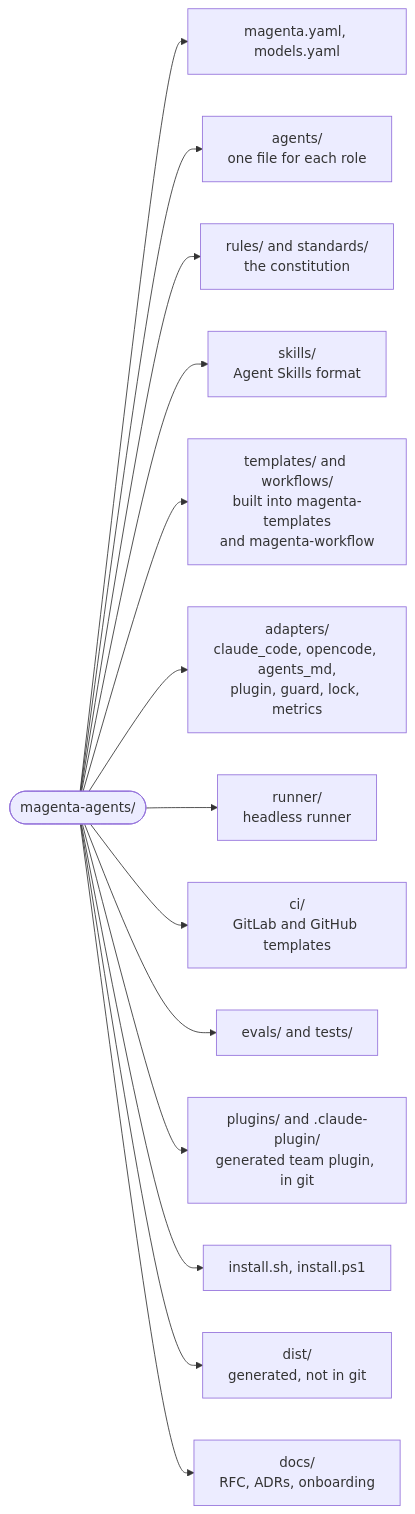
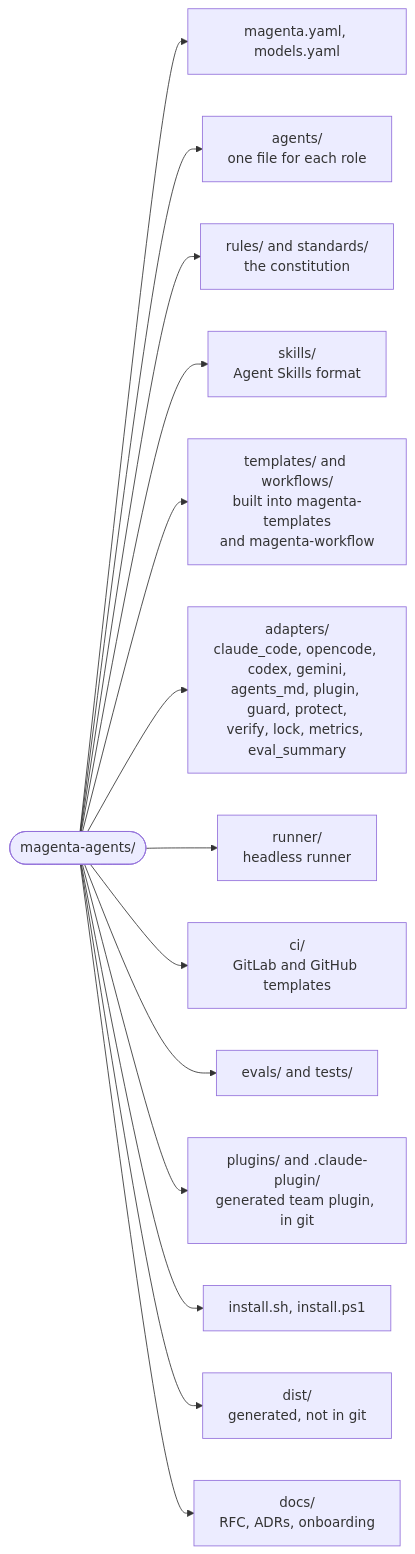
One commit to devlnull/magenta-agents changed the diagram in README.md. Above: the diagram before and after it, drawn with Mermaid. The commit also changed other lines of this file and 68 other files, not shown here.

````diff
--- a/README.md
+++ b/README.md
@@ -186,16 +227,16 @@
 ```mermaid
 flowchart LR
   ROOT(["magenta-agents/"]) --> CFG["magenta.yaml, models.yaml"]
   ROOT --> AG["agents/<br/>one file for each role"]
   ROOT --> RU["rules/ and standards/<br/>the constitution"]
   ROOT --> SK["skills/<br/>Agent Skills format"]
   ROOT --> TP["templates/ and workflows/<br/>built into magenta-templates<br/>and magenta-workflow"]
-  ROOT --> AD["adapters/<br/>claude_code, opencode, agents_md,<br/>plugin, guard, lock, metrics"]
+  ROOT --> AD["adapters/<br/>claude_code, opencode, codex, gemini,<br/>agents_md, plugin, guard, protect,<br/>verify, lock, metrics, eval_summary"]
   ROOT --> RN["runner/<br/>headless runner"]
   ROOT --> CI["ci/<br/>GitLab and GitHub templates"]
   ROOT --> EV["evals/ and tests/"]
   ROOT --> PL["plugins/ and .claude-plugin/<br/>generated team plugin, in git"]
   ROOT --> IN["install.sh, install.ps1"]
   ROOT --> DS["dist/<br/>generated, not in git"]
   ROOT --> DC["docs/<br/>RFC, ADRs, onboarding"]
 ```
````
